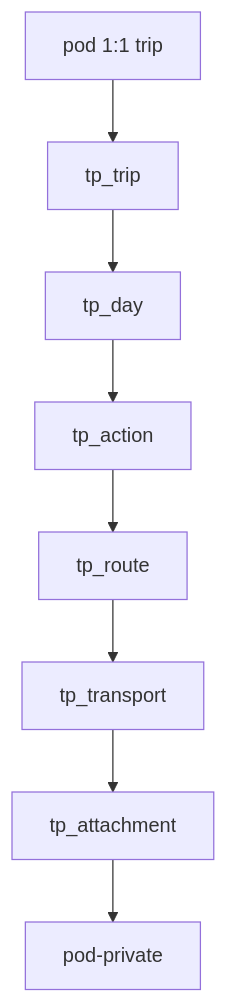
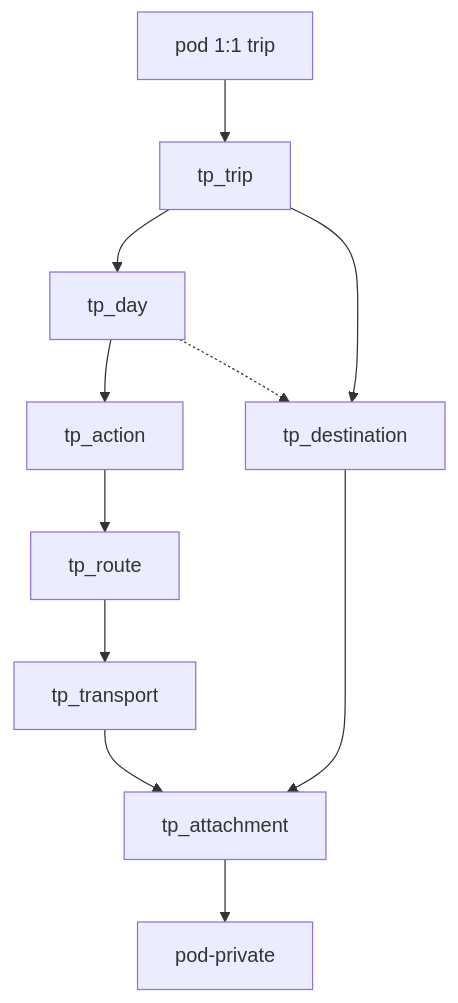
The diagram in plan/feature/trip-planning.md (CoolColdUK/simpleOutcomeDev), drawn with Mermaid before and after one commit. The commit also changed other lines of this file, not shown here.

Commit message:
docs(trip-planning): auto destination surfacing from stay/travel, day override

````diff
--- a/plan/feature/trip-planning.md
+++ b/plan/feature/trip-planning.md
@@ -278,18 +326,22 @@
 ```mermaid
 flowchart TB
   pod[pod 1:1 trip]
   trip[tp_trip]
   day[tp_day]
   act[tp_action]
   route[tp_route]
+  dest[tp_destination]
   tr[tp_transport]
   att[tp_attachment]
   store[pod-private]
   pod --> trip
   trip --> day
+  trip --> dest
   day --> act
+  day -.-> dest
   act --> route
   route --> tr
   tr --> att
+  dest --> att
   att --> store
 ```
````
